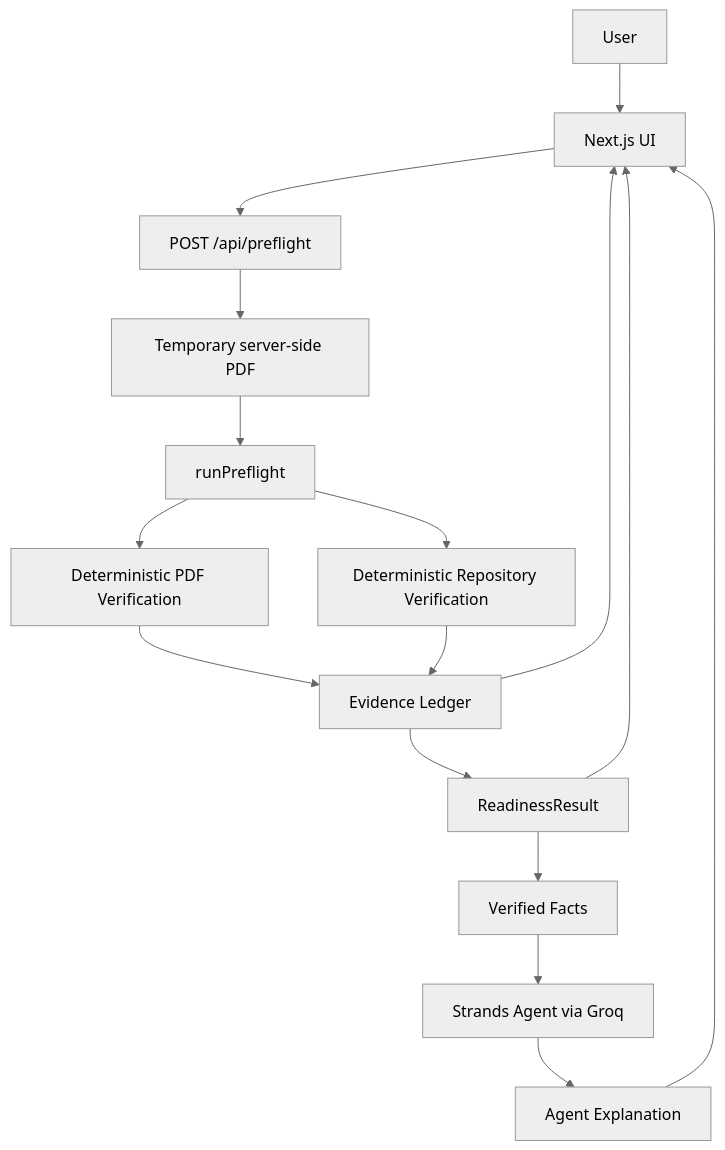
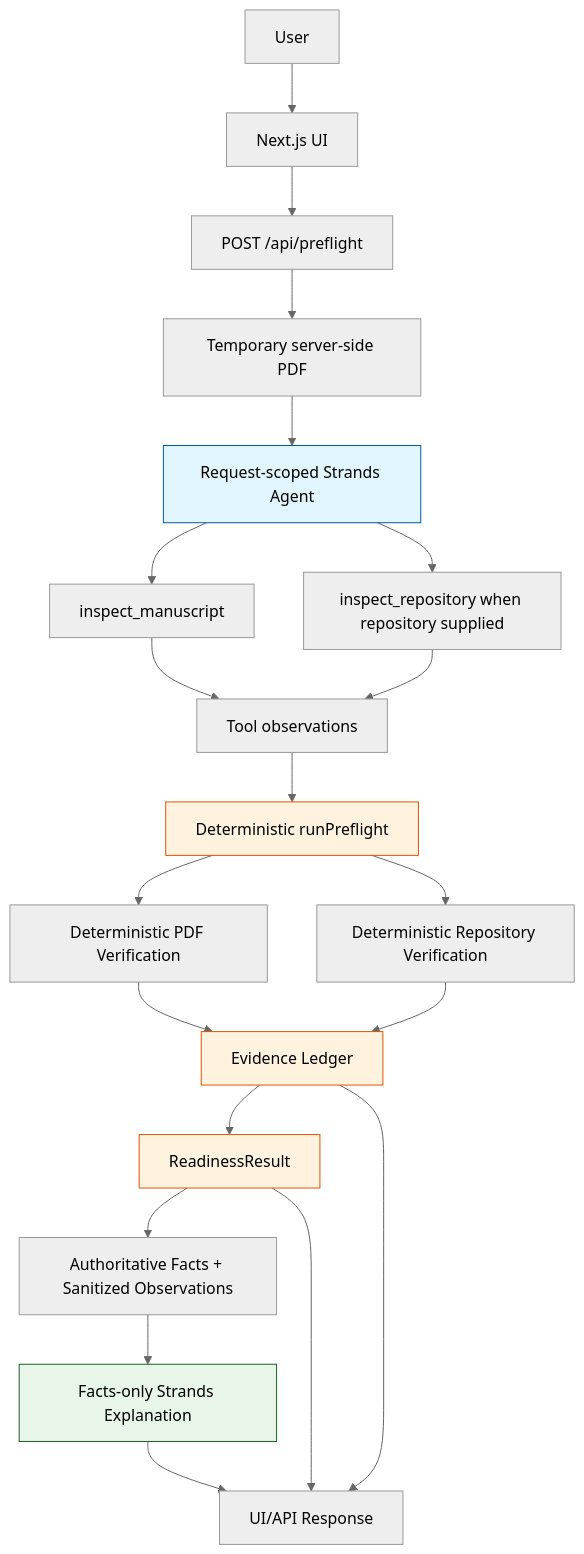
One commit to johan8124/proofline changed the diagram in docs/ARCHITECTURE.md. Above: the diagram before and after it, drawn with Mermaid (neutral theme). The commit also changed other lines of this file and 1 other file, not shown here.

Commit message:
Document Strands agentic architecture

````diff
--- a/docs/ARCHITECTURE.md
+++ b/docs/ARCHITECTURE.md
@@ -11,23 +11,35 @@
 ```mermaid
 flowchart TD
     U[User] --> UI[Next.js UI]
     UI --> API[POST /api/preflight]
     API --> TMP[Temporary server-side PDF]
-    TMP --> PF[runPreflight]
+
+    TMP --> AGENT[Request-scoped Strands Agent]
+    AGENT --> IM[inspect_manuscript]
+    AGENT --> IR[inspect_repository when repository supplied]
+    IM --> OBS[Tool observations]
+    IR --> OBS
+
+    OBS --> PF[Deterministic runPreflight]
 
     PF --> PDF[Deterministic PDF Verification]
     PF --> REPO[Deterministic Repository Verification]
 
     PDF --> LEDGER[Evidence Ledger]
     REPO --> LEDGER
 
     LEDGER --> READY[ReadinessResult]
 
-    READY --> FACTS[Verified Facts]
-    FACTS --> AGENT[Strands Agent via Groq]
-    AGENT --> EXPLAIN[Agent Explanation]
+    READY --> FACTS[Authoritative Facts + Sanitized Observations]
+    FACTS --> EXPLAIN[Facts-only Strands Explanation]
+    EXPLAIN --> RESPONSE[UI/API Response]
 
-    READY --> UI
-    LEDGER --> UI
-    EXPLAIN --> UI
+    READY --> RESPONSE
+    LEDGER --> RESPONSE
+
+    style AGENT fill:#e1f5fe,stroke:#01579b
+    style PF fill:#fff3e0,stroke:#e65100
+    style EXPLAIN fill:#e8f5e9,stroke:#1b5e20
+    style READY fill:#fff3e0,stroke:#e65100
+    style LEDGER fill:#fff3e0,stroke:#e65100
 ```
````
